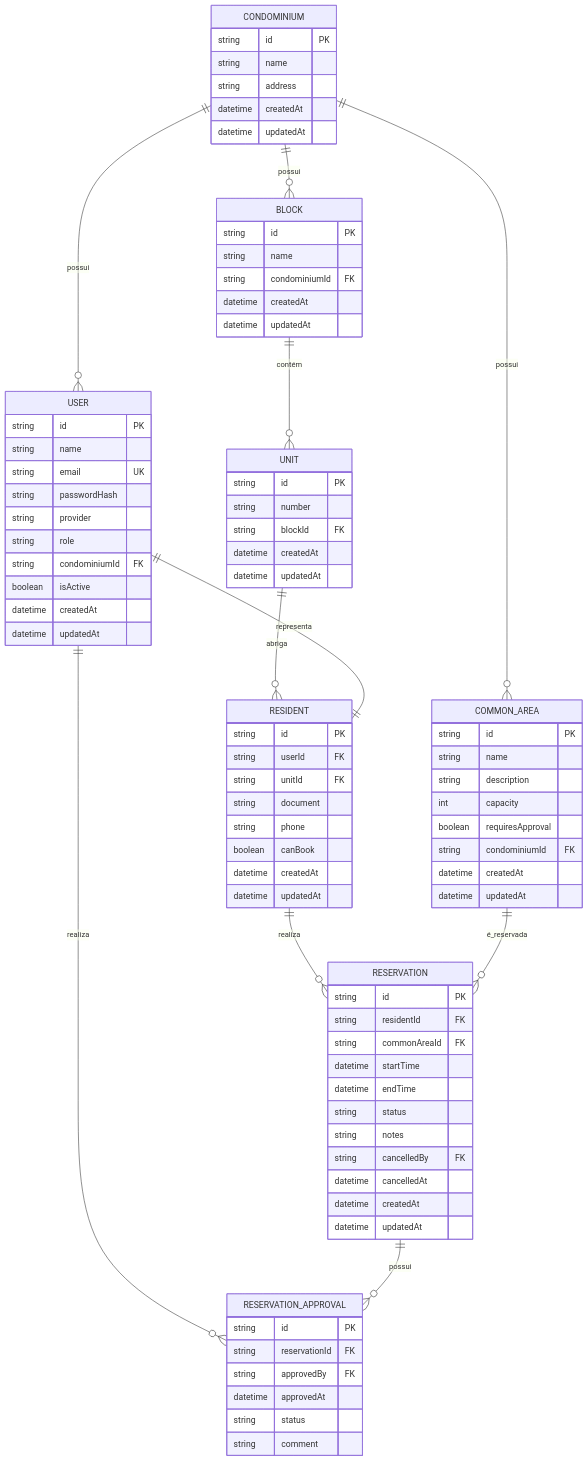
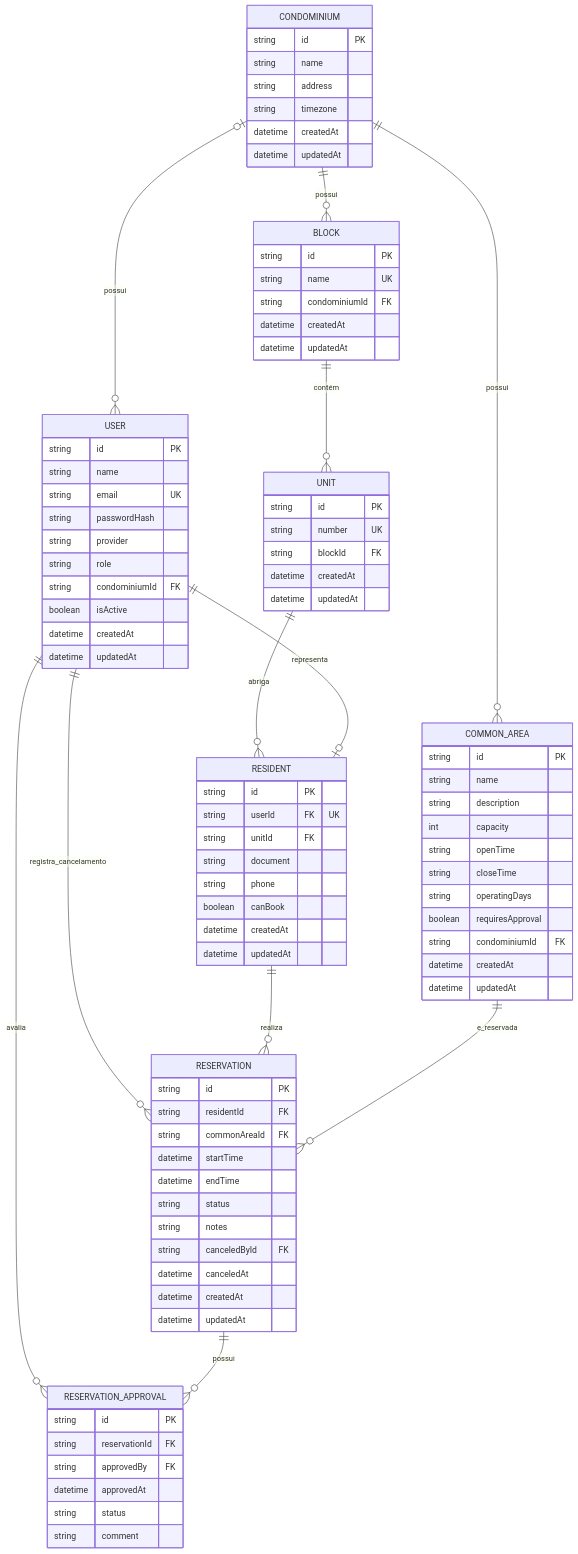
Before and after one commit to lucasgfaj/reserva-ai: the diagram in docs/ssd.md, drawn with Mermaid. The commit also changed other lines of this file and 1 other file, not shown here.

Commit message:
docs: fix ssd and prd with api, mermaid

````diff
--- a/docs/ssd.md
+++ b/docs/ssd.md
@@ -176,7 +180,7 @@
 ```mermaid
 erDiagram
 
-    CONDOMINIUM ||--o{ USER : possui
+    CONDOMINIUM |o--o{ USER : possui
     CONDOMINIUM ||--o{ BLOCK : possui
     CONDOMINIUM ||--o{ COMMON_AREA : possui
 
@@ -184,11 +188,12 @@
 
     UNIT ||--o{ RESIDENT : abriga
 
-    USER ||--|| RESIDENT : representa
-    USER ||--o{ RESERVATION_APPROVAL : realiza
+    USER ||--|o RESIDENT : representa
+    USER ||--o{ RESERVATION_APPROVAL : avalia
+    USER ||--o{ RESERVATION : registra_cancelamento
     RESIDENT ||--o{ RESERVATION : realiza
 
-    COMMON_AREA ||--o{ RESERVATION : é_reservada
+    COMMON_AREA ||--o{ RESERVATION : e_reservada
     RESERVATION ||--o{ RESERVATION_APPROVAL : possui
 
     USER {
@@ -208,13 +213,14 @@
         string id PK
         string name
         string address
+        string timezone
         datetime createdAt
         datetime updatedAt
     }
 
     BLOCK {
         string id PK
-        string name
+        string name UK
         string condominiumId FK
         datetime createdAt
         datetime updatedAt
@@ -222,7 +228,7 @@
 
     UNIT {
         string id PK
-        string number
+        string number UK
         string blockId FK
         datetime createdAt
         datetime updatedAt
@@ -230,7 +236,7 @@
 
     RESIDENT {
         string id PK
-        string userId FK
+        string userId FK "UK"
         string unitId FK
         string document
         string phone
@@ -244,6 +250,9 @@
         string name
         string description
         int capacity
+        string openTime
+        string closeTime
+        string operatingDays
         boolean requiresApproval
         string condominiumId FK
         datetime createdAt
@@ -258,8 +267,8 @@
         datetime endTime
         string status
         string notes
-        string cancelledBy FK
-        datetime cancelledAt
+        string canceledById FK
+        datetime canceledAt
         datetime createdAt
         datetime updatedAt
     }
````
